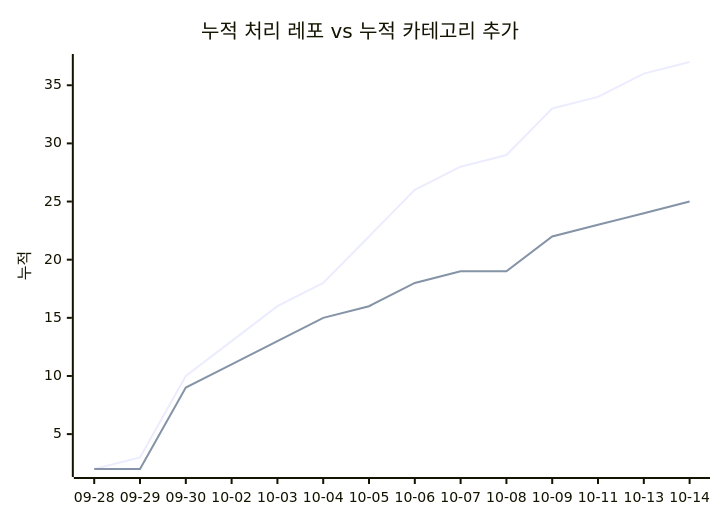
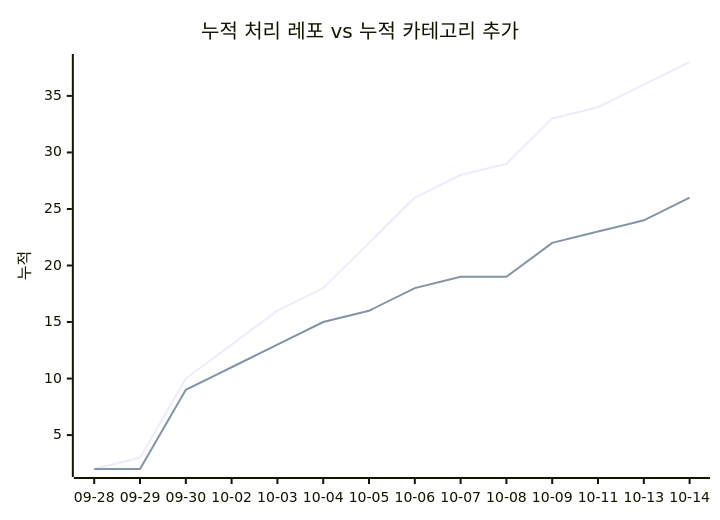
Before and after one commit to J-nowcow/awesome-korean-agent-skills: the second of 2 diagrams in docs/trends.md, drawn with Mermaid. The commit also changed other lines of this file and 4 other files, not shown here.

````diff
--- a/docs/trends.md
+++ b/docs/trends.md
@@ -68,8 +68,8 @@
 ```mermaid
 xychart-beta
     title "누적 처리 레포 vs 누적 카테고리 추가"
     x-axis ["09-28","09-29","09-30","10-02","10-03","10-04","10-05","10-06","10-07","10-08","10-09","10-11","10-13","10-14"]
     y-axis "누적"
-    line [2,3,10,13,16,18,22,26,28,29,33,34,36,37]
-    line [2,2,9,11,13,15,16,18,19,19,22,23,24,25]
+    line [2,3,10,13,16,18,22,26,28,29,33,34,36,38]
+    line [2,2,9,11,13,15,16,18,19,19,22,23,24,26]
 ```
````
